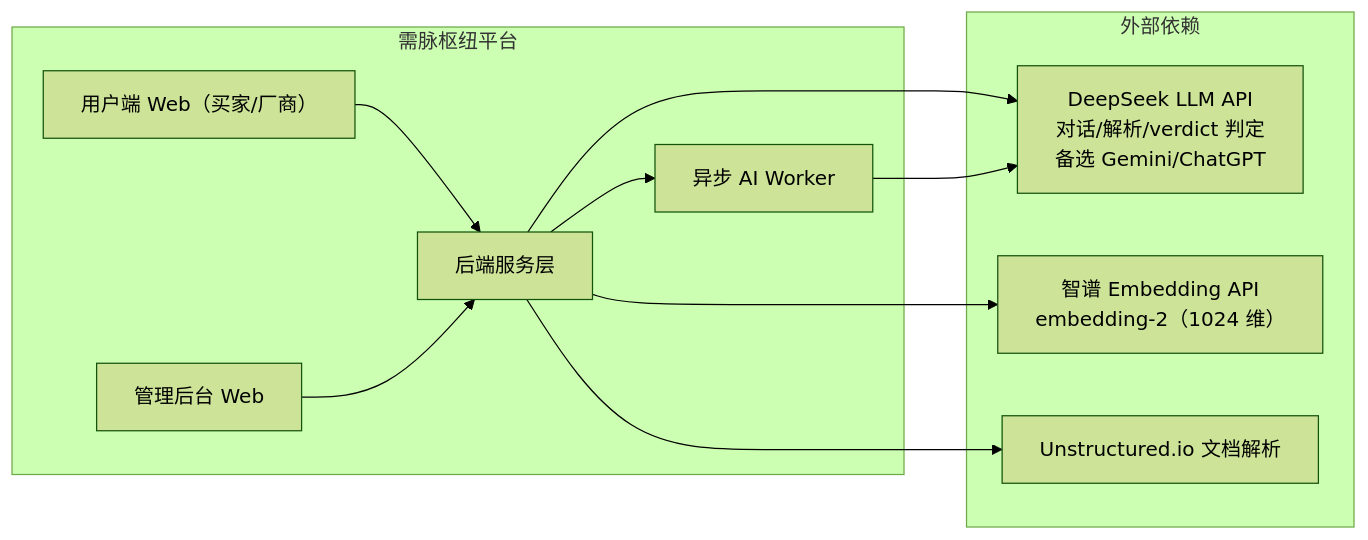
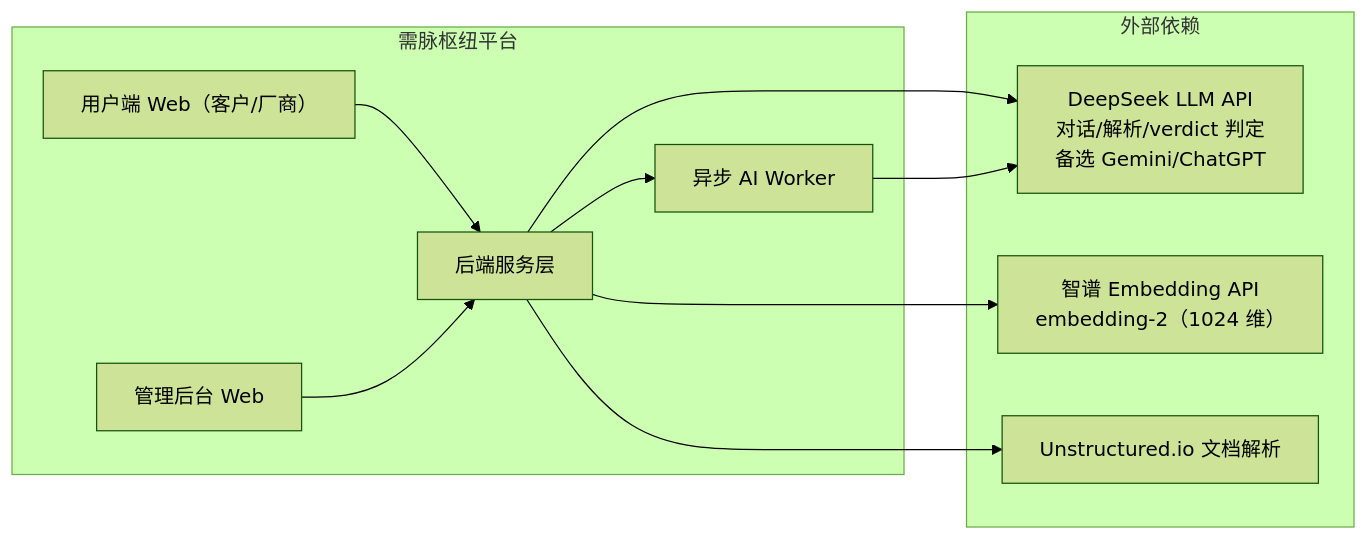
Before and after one commit to ivgotcrazy/xmsn-demo: the first of 9 diagrams in doc/系统/系统架构设计.md, drawn with Mermaid (forest theme). The commit also changed other lines of this file and 246 other files, not shown here.

````diff
--- a/doc/系统/系统架构设计.md
+++ b/doc/系统/系统架构设计.md
@@ -74,21 +74,21 @@
 ```mermaid
 graph LR
     subgraph System["需脉枢纽平台"]
-        UserWeb["用户端 Web（买家/厂商）"]
+        UserWeb["用户端 Web（客户/厂商）"]
         AdminWeb["管理后台 Web"]
         API["后端服务层"]
         Worker["异步 AI Worker"]
     end
     subgraph External["外部依赖"]
         LLM["DeepSeek LLM API<br/>对话/解析/verdict 判定<br/>备选 Gemini/ChatGPT"]
         EMB["智谱 Embedding API<br/>embedding-2（1024 维）"]
         DOC["Unstructured.io 文档解析"]
     end
     UserWeb --> API
     AdminWeb --> API
     API --> LLM
     API --> EMB
     API --> DOC
     API --> Worker
     Worker --> LLM
 ```
````
